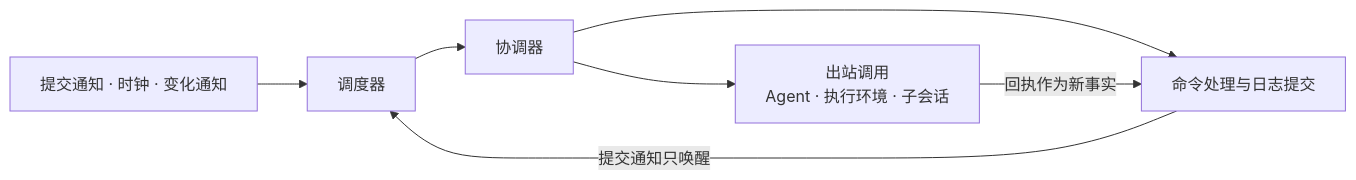
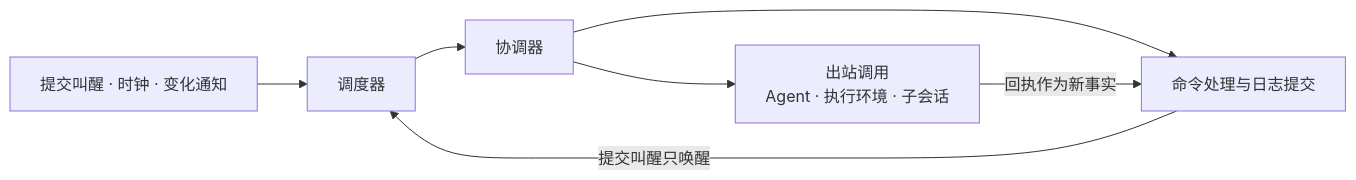
The eighth of 9 diagrams in docs/architecture/runtime/session-and-run.md (nemori-ai/omne-harness-lite), drawn with Mermaid before and after one commit. The commit also changed other lines of this file and 14 other files, not shown here.

````diff
--- a/docs/architecture/runtime/session-and-run.md
+++ b/docs/architecture/runtime/session-and-run.md
@@ -343,9 +343,9 @@
 ```mermaid
 flowchart LR
-    Signal[提交通知 · 时钟 · 变化通知] --> Sched[调度器]
+    Signal[提交叫醒 · 时钟 · 变化通知] --> Sched[调度器]
     Sched --> Coord[协调器]
     Coord --> Cmd[命令处理与日志提交]
     Coord --> Out[出站调用<br/>Agent · 执行环境 · 子会话]
     Out -->|回执作为新事实| Cmd
-    Cmd -->|提交通知只唤醒| Sched
+    Cmd -->|提交叫醒只唤醒| Sched
 ```
````
